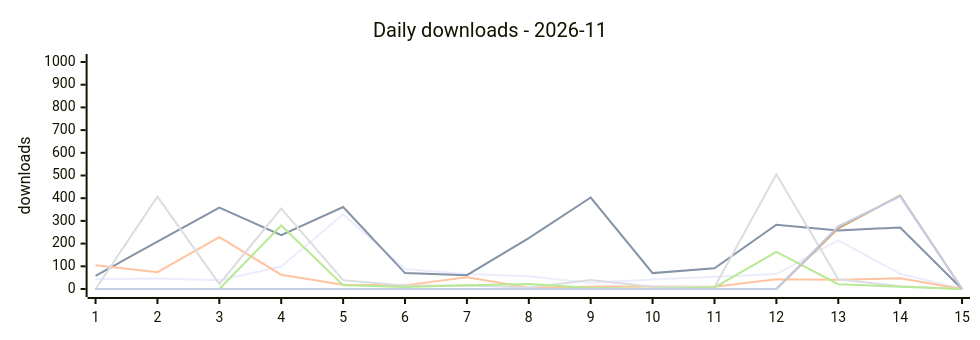
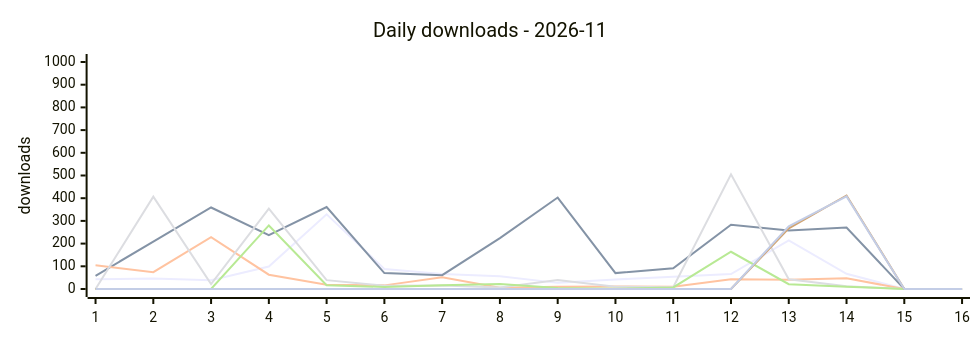
One commit to terry2010/npm-downloads-tracker changed the first of 2 diagrams in DASHBOARD.md. Above: the diagram before and after it, drawn with Mermaid. The commit also changed other lines of this file and 1 other file, not shown here.

````diff
--- a/DASHBOARD.md
+++ b/DASHBOARD.md
@@ -31,14 +31,14 @@
 ```mermaid
 %%{init: {'xyChart': {'width': 960, 'height': 320}}}%%
 xychart-beta
     title "Daily downloads - 2026-11"
-    x-axis ["1", "2", "3", "4", "5", "6", "7", "8", "9", "10", "11", "12", "13", "14", "15"]
+    x-axis ["1", "2", "3", "4", "5", "6", "7", "8", "9", "10", "11", "12", "13", "14", "15", "16"]
     y-axis "downloads" 0 --> 1000
-    line "dsh-loop-recover" [43, 46, 39, 99, 329, 88, 66, 56, 27, 42, 54, 66, 214, 67, 0]
-    line "dsh-rss-news-daily" [58, 209, 359, 237, 361, 70, 61, 224, 403, 70, 91, 283, 258, 271, 0]
-    line "opencode-loop-recover" [105, 74, 228, 63, 19, 16, 52, 6, 10, 11, 10, 43, 41, 47, 0]
-    line "oc-market-quail-zephyr-72a0" [0, 407, 22, 354, 39, 14, 15, 7, 40, 10, 8, 505, 43, 12, 0]
-    line "awesome-opencode-market" [0, 0, 0, 280, 17, 9, 17, 22, 4, 1, 7, 164, 21, 10, 0]
-    line "surfbird" [0, 0, 0, 0, 0, 0, 0, 0, 0, 0, 0, 0, 267, 412, 0]
-    line "surfbird-mcp" [0, 0, 0, 0, 0, 0, 0, 0, 0, 0, 0, 0, 276, 408, 0]
+    line "dsh-loop-recover" [43, 46, 39, 99, 329, 88, 66, 56, 27, 42, 54, 66, 214, 67, 0, 0]
+    line "dsh-rss-news-daily" [58, 209, 359, 237, 361, 70, 61, 224, 403, 70, 91, 283, 258, 271, 0, 0]
+    line "opencode-loop-recover" [105, 74, 228, 63, 19, 16, 52, 6, 10, 11, 10, 43, 41, 47, 0, 0]
+    line "oc-market-quail-zephyr-72a0" [0, 407, 22, 354, 39, 14, 15, 7, 40, 10, 8, 505, 43, 12, 0, 0]
+    line "awesome-opencode-market" [0, 0, 0, 280, 17, 9, 17, 22, 4, 1, 7, 164, 21, 10, 0, 0]
+    line "surfbird" [0, 0, 0, 0, 0, 0, 0, 0, 0, 0, 0, 0, 267, 412, 0, 0]
+    line "surfbird-mcp" [0, 0, 0, 0, 0, 0, 0, 0, 0, 0, 0, 0, 276, 408, 0, 0]
 ```
````
